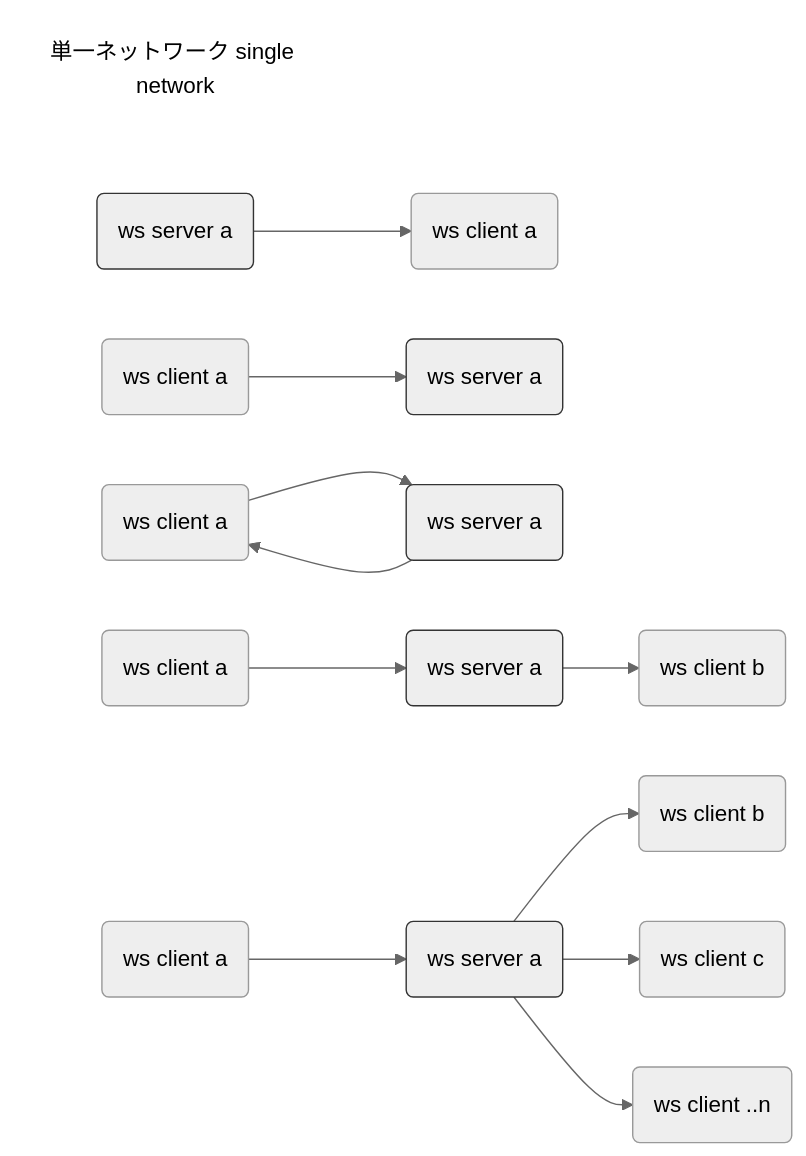
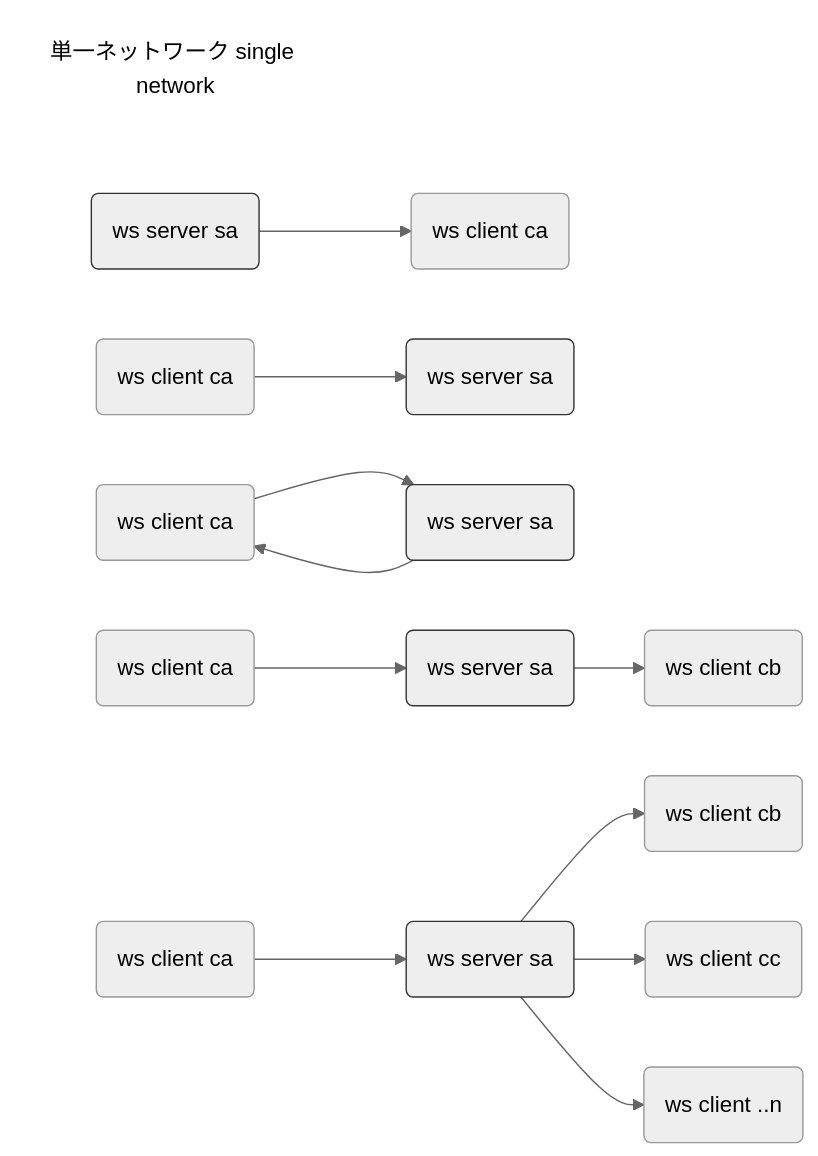
The first of 3 diagrams in README.md (toshirot/w2w), drawn with Mermaid (neutral theme) before and after one commit. The commit also changed other lines of this file, not shown here.

````diff
--- a/README.md
+++ b/README.md
@@ -10,40 +10,40 @@
 ```mermaid
 flowchart LR
 
 
 text1(単一ネットワーク single network):::class_text
 
     %%single_type1
-        single_type1c(ws client a) 
-        single_type1s(ws server a):::class_server
+        single_type1c(ws client ca) 
+        single_type1s(ws server sa):::class_server
            single_type1s --> single_type1c 
 
     %%single_type2
-        single_type2c(ws client a) 
-        single_type2s(ws server a):::class_server
+        single_type2c(ws client ca) 
+        single_type2s(ws server sa):::class_server
             single_type2c --> single_type2s
 
     %%single_type3
-        single_type3c(ws client a) 
-        single_type3s(ws server a):::class_server
+        single_type3c(ws client ca) 
+        single_type3s(ws server sa):::class_server
             single_type3c --> single_type3s --> single_type3c
 
     %%single_type4
-        single_type4c1(ws client a) 
-        single_type4s1(ws server a):::class_server 
-        single_type4c2(ws client b) 
+        single_type4c1(ws client ca) 
+        single_type4s1(ws server sa):::class_server 
+        single_type4c2(ws client cb) 
             single_type4c1 --> single_type4s1 --> single_type4c2
 
     %%single_type6
-        single_type5c1(ws client a) 
-        single_type5s1(ws server a):::class_server 
-        single_type5c2(ws client b) 
-        single_type5c3(ws client c) 
+        single_type5c1(ws client ca) 
+        single_type5s1(ws server sa):::class_server 
+        single_type5c2(ws client cb) 
+        single_type5c3(ws client cc) 
         single_type5c4(ws client ..n) 
             single_type5c1 --> single_type5s1 --> single_type5c2
                         single_type5s1 --> single_type5c3
                         single_type5s1 --> single_type5c4
 
 classDef class_server fill:#eee,color:#000,stroke:#333
 classDef class_text fill:#fff,color:#000,stroke:#fff,margin:0
 ```
````
